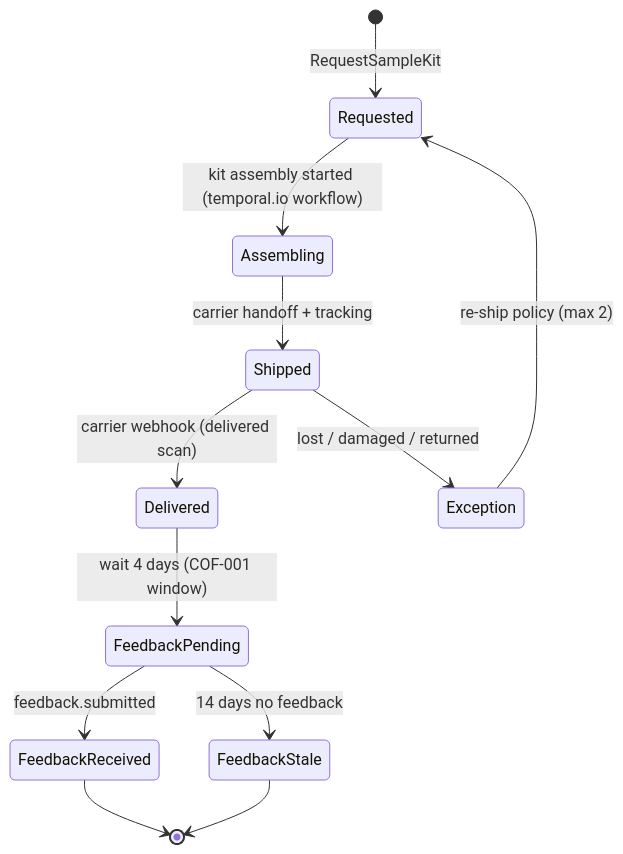
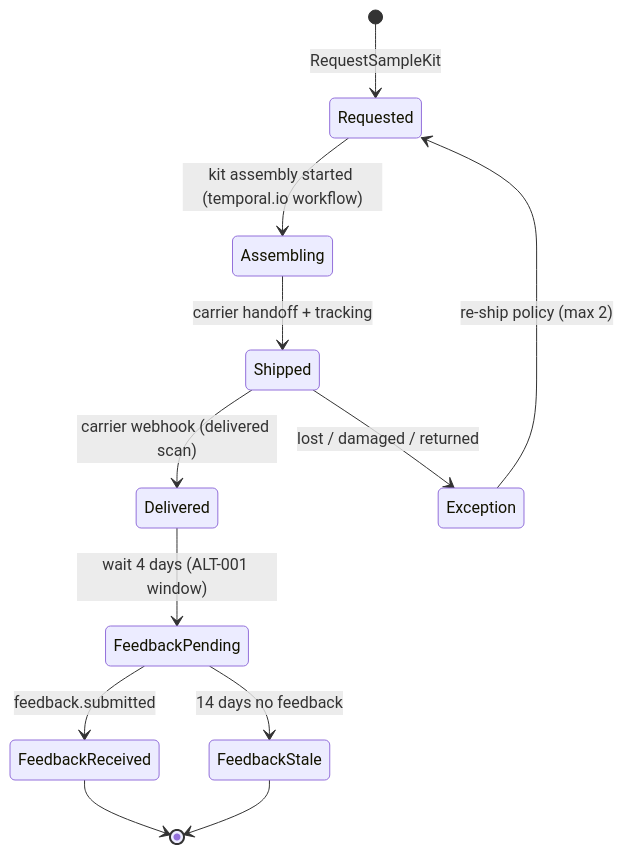
Before and after one commit to marcusdax/greensheet: the sixth of 8 diagrams in engineering/01-domain-model-event-storming.md, drawn with Mermaid. The commit also changed other lines of this file and 129 other files, not shown here.

````diff
--- a/engineering/01-domain-model-event-storming.md
+++ b/engineering/01-domain-model-event-storming.md
@@ -343,14 +343,14 @@
 ```mermaid
 stateDiagram-v2
     [*] --> Requested : RequestSampleKit
     Requested --> Assembling : kit assembly started (temporal.io workflow)
     Assembling --> Shipped : carrier handoff + tracking
     Shipped --> Delivered : carrier webhook (delivered scan)
     Shipped --> Exception : lost / damaged / returned
-    Delivered --> FeedbackPending : wait 4 days (COF-001 window)
+    Delivered --> FeedbackPending : wait 4 days (ALT-001 window)
     FeedbackPending --> FeedbackReceived : feedback.submitted
     FeedbackPending --> FeedbackStale : 14 days no feedback
     Exception --> Requested : re-ship policy (max 2)
     FeedbackReceived --> [*]
     FeedbackStale --> [*]
 ```
````
